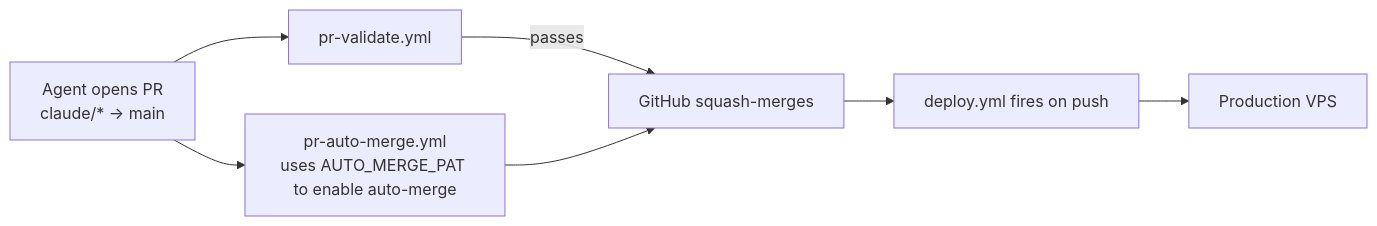
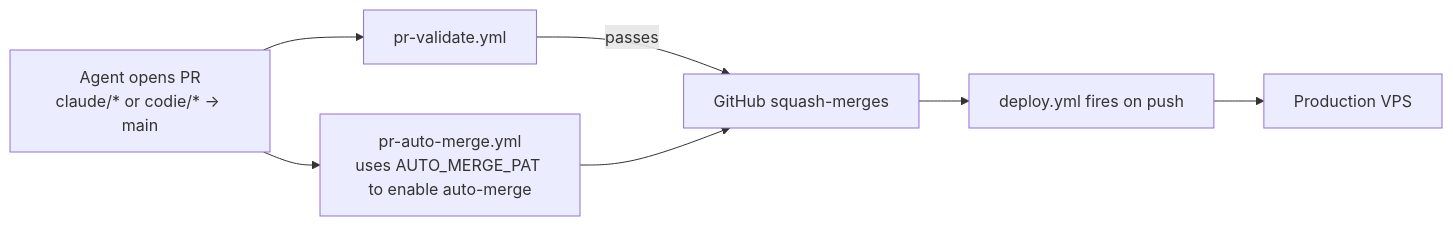
Before and after one commit to Kjdragan/universal_agent: the first of 2 diagrams in docs/06_Deployment_And_Environments/04_Branching_And_Release_Workflow.md, drawn with Mermaid. The commit also changed other lines of this file and 3 other files, not shown here.

````diff
--- a/docs/06_Deployment_And_Environments/04_Branching_And_Release_Workflow.md
+++ b/docs/06_Deployment_And_Environments/04_Branching_And_Release_Workflow.md
@@ -139,9 +141,9 @@
 ```mermaid
 flowchart LR
-    A[Agent opens PR<br/>claude/* → main] --> B[pr-validate.yml]
+    A[Agent opens PR<br/>claude/* or codie/* → main] --> B[pr-validate.yml]
     A --> C[pr-auto-merge.yml<br/>uses AUTO_MERGE_PAT to enable auto-merge]
     B -->|passes| D[GitHub squash-merges]
     C --> D
     D --> E[deploy.yml fires on push]
     E --> F[Production VPS]
 ```
````
